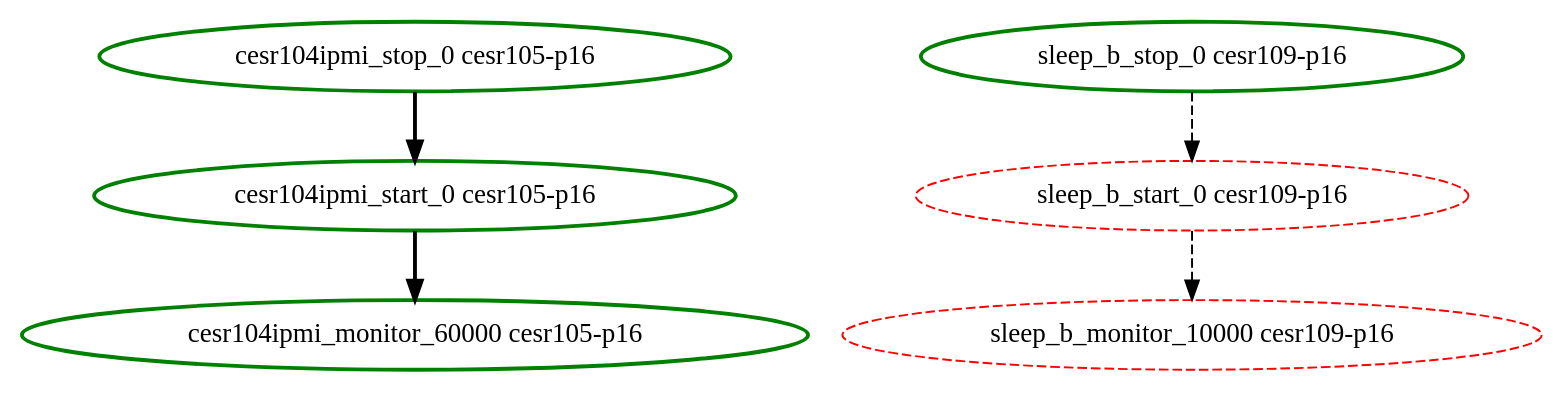
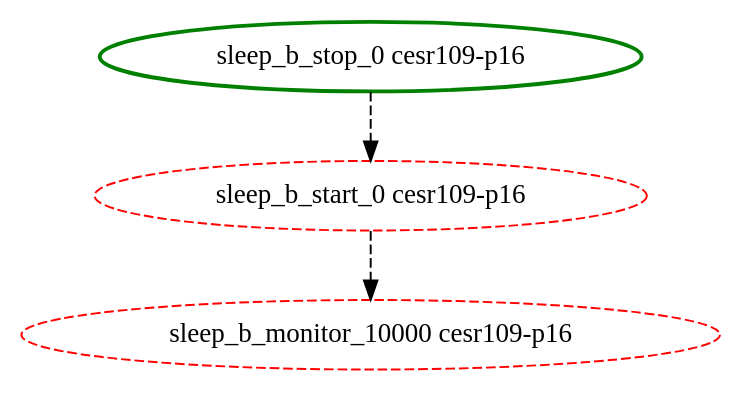
One commit to ClusterLabs/pacemaker changed the diagram in cts/scheduler/asymmetrical-order-restart.dot. Above: the diagram before and after it, drawn with Graphviz. The commit also changed 43 other files, not shown here.

```diff
--- a/cts/scheduler/asymmetrical-order-restart.dot
+++ b/cts/scheduler/asymmetrical-order-restart.dot
@@ -1,12 +1,7 @@
  digraph "g" {
-"cesr104ipmi_monitor_60000 cesr105-p16" [ style=bold color="green" fontcolor="black"]
-"cesr104ipmi_start_0 cesr105-p16" -> "cesr104ipmi_monitor_60000 cesr105-p16" [ style = bold]
-"cesr104ipmi_start_0 cesr105-p16" [ style=bold color="green" fontcolor="black"]
-"cesr104ipmi_stop_0 cesr105-p16" -> "cesr104ipmi_start_0 cesr105-p16" [ style = bold]
-"cesr104ipmi_stop_0 cesr105-p16" [ style=bold color="green" fontcolor="black"]
 "sleep_b_monitor_10000 cesr109-p16" [ style=dashed color="red" fontcolor="black"]
 "sleep_b_start_0 cesr109-p16" -> "sleep_b_monitor_10000 cesr109-p16" [ style = dashed]
 "sleep_b_start_0 cesr109-p16" [ style=dashed color="red" fontcolor="black"]
 "sleep_b_stop_0 cesr109-p16" -> "sleep_b_start_0 cesr109-p16" [ style = dashed]
 "sleep_b_stop_0 cesr109-p16" [ style=bold color="green" fontcolor="black"]
 }
```
